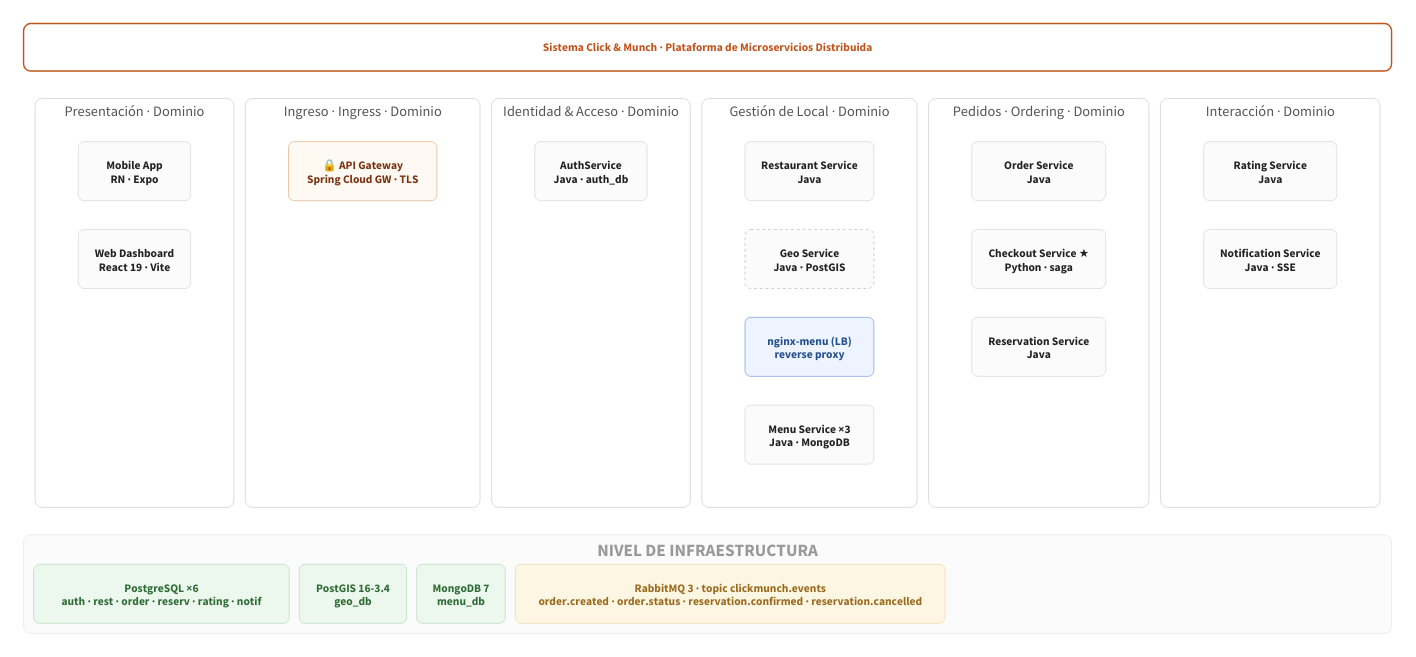
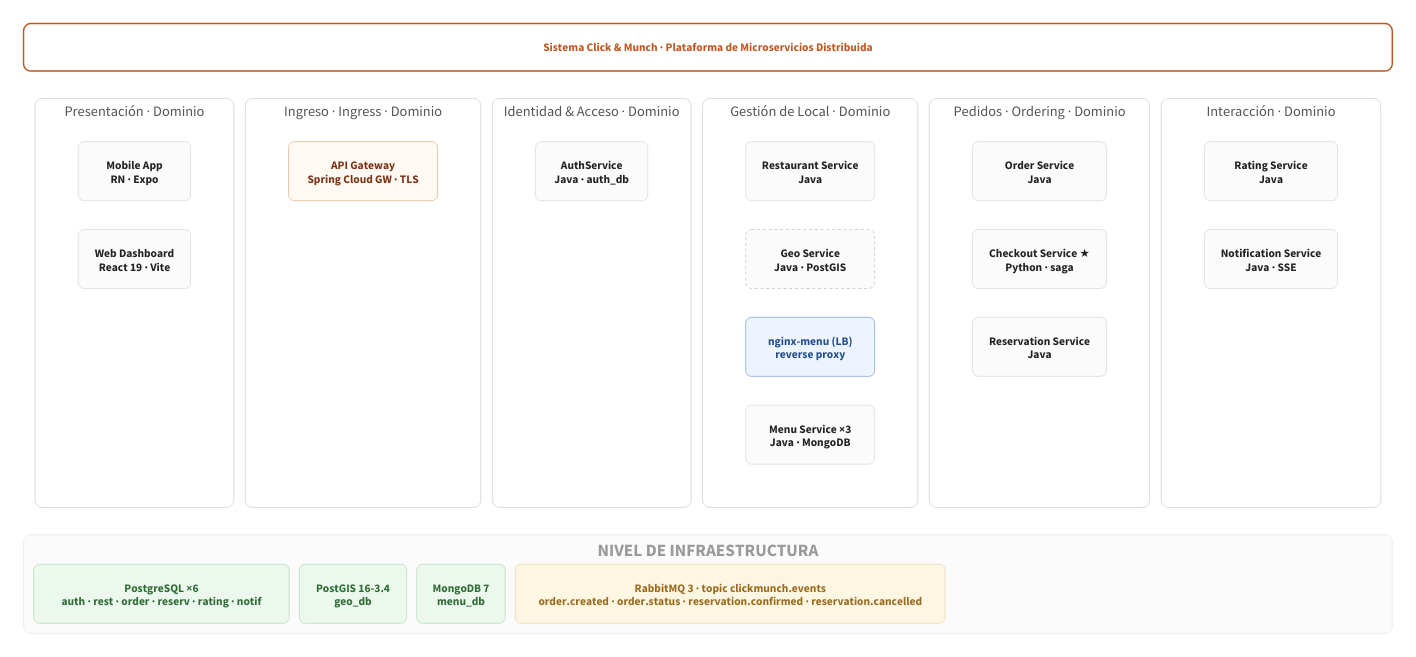
The diagram in images/Decomposition_View.d2 (msbetancourtge/SwArch), drawn with D2 before and after one commit. The commit also changed 3 other files, not shown here.

Commit message:
updated diagrams

```diff
--- a/images/Decomposition_View.d2
+++ b/images/Decomposition_View.d2
@@ -1,83 +1,83 @@
 # Click & Munch — Decomposition View
 # Render:  d2 Decomposition_View.d2 Decomposition_View.png   (grid layout, engine-agnostic)
 
 direction: down
 
 vars: {
   d2-config: { theme-id: 0 }
 }
 
 classes: {
   wrap:     { style: { fill: "#ffffff"; stroke: "#ffffff"; stroke-width: 1 } }
   root:     { style: { fill: "#ffffff"; stroke: "#c0561f"; stroke-width: 2; font-color: "#c0561f"; bold: true; border-radius: 10 } }
   dombox:   { style: { fill: "#ffffff"; stroke: "#cfcfcf"; stroke-width: 1; border-radius: 10; font-color: "#555555" } }
   infrabox: { style: { fill: "#fbfbfb"; stroke: "#e6e6e6"; stroke-width: 1; border-radius: 10; font-color: "#999999"; bold: true } }
   svc:      { style: { fill: "#fbfbfb"; stroke: "#d8d8d8"; stroke-width: 1; border-radius: 8; font-color: "#222222" } }
   gw:       { style: { fill: "#fff9f3"; stroke: "#e0b48a"; stroke-width: 1; border-radius: 8; font-color: "#7a3414" } }
   lb:       { style: { fill: "#eef4ff"; stroke: "#7aa0d6"; stroke-width: 1; border-radius: 8; font-color: "#234e8a" } }
   internal: { style: { fill: "#fbfbfb"; stroke: "#bdbdbd"; stroke-width: 1; border-radius: 8; font-color: "#222222"; stroke-dash: 4 } }
   green:    { style: { fill: "#ecf8ee"; stroke: "#b6dcb9"; stroke-width: 1; border-radius: 8; font-color: "#2f6b34" } }
   yellow:   { style: { fill: "#fdf6e3"; stroke: "#ecd9a6"; stroke-width: 1; border-radius: 8; font-color: "#9a6b1f" } }
 }
 
 page: "" {
   class: wrap
   grid-rows: 3
   grid-gap: 22
 
   root: "Sistema Click & Munch · Plataforma de Microservicios Distribuida" { class: root }
 
   domains: "" {
     class: wrap
     grid-columns: 6
     grid-gap: 16
 
     pres: "Presentación · Dominio" {
       class: dombox
       grid-columns: 1
       mobile: "Mobile App\nRN · Expo" { class: svc }
       dash:   "Web Dashboard\nReact 19 · Vite" { class: svc }
     }
     ing: "Ingreso · Ingress · Dominio" {
       class: dombox
       grid-columns: 1
-      gw: "🔒 API Gateway\nSpring Cloud GW · TLS" { class: gw }
+      gw: "API Gateway\nSpring Cloud GW · TLS" { class: gw }
     }
     idd: "Identidad & Acceso · Dominio" {
       class: dombox
       grid-columns: 1
       auth: "AuthService\nJava · auth_db" { class: svc }
     }
     local: "Gestión de Local · Dominio" {
       class: dombox
       grid-columns: 1
       rest: "Restaurant Service\nJava" { class: svc }
       geo:  "Geo Service\nJava · PostGIS" { class: internal }
       lb:   "nginx-menu (LB)\nreverse proxy" { class: lb }
       menu: "Menu Service ×3\nJava · MongoDB" { class: svc }
     }
     ped: "Pedidos · Ordering · Dominio" {
       class: dombox
       grid-columns: 1
       order:    "Order Service\nJava" { class: svc }
       checkout: "Checkout Service ★\nPython · saga" { class: svc }
       resv:     "Reservation Service\nJava" { class: svc }
     }
     inter: "Interacción · Dominio" {
       class: dombox
       grid-columns: 1
       rating: "Rating Service\nJava" { class: svc }
       notif:  "Notification Service\nJava · SSE" { class: svc }
     }
   }
 
   infra: "NIVEL DE INFRAESTRUCTURA" {
     class: infrabox
     grid-columns: 4
     grid-gap: 14
     pg:      "PostgreSQL ×6\nauth · rest · order · reserv · rating · notif" { class: green }
     postgis: "PostGIS 16-3.4\ngeo_db" { class: green }
     mongo:   "MongoDB 7\nmenu_db" { class: green }
     rmq:     "RabbitMQ 3 · topic clickmunch.events\norder.created · order.status · reservation.confirmed · reservation.cancelled" { class: yellow }
   }
 }
```
